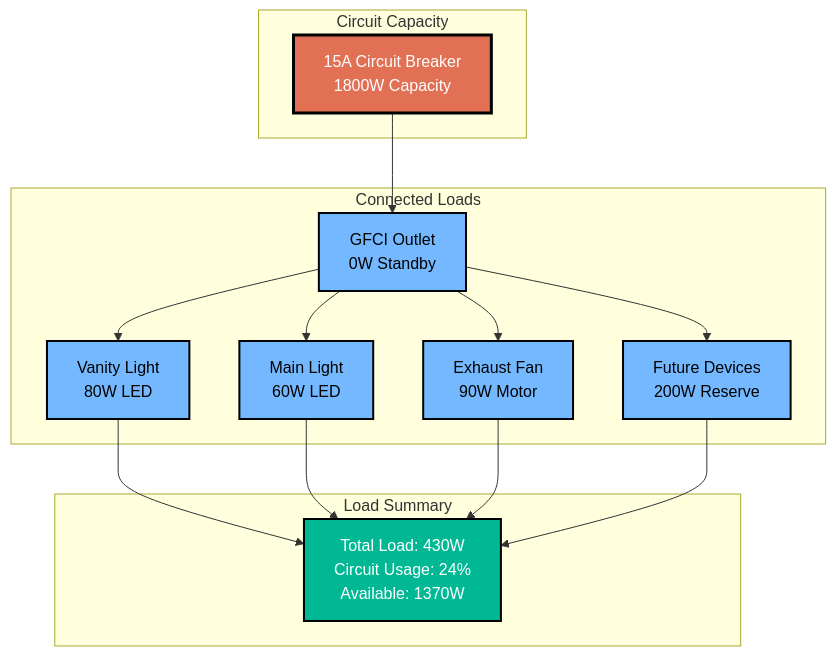
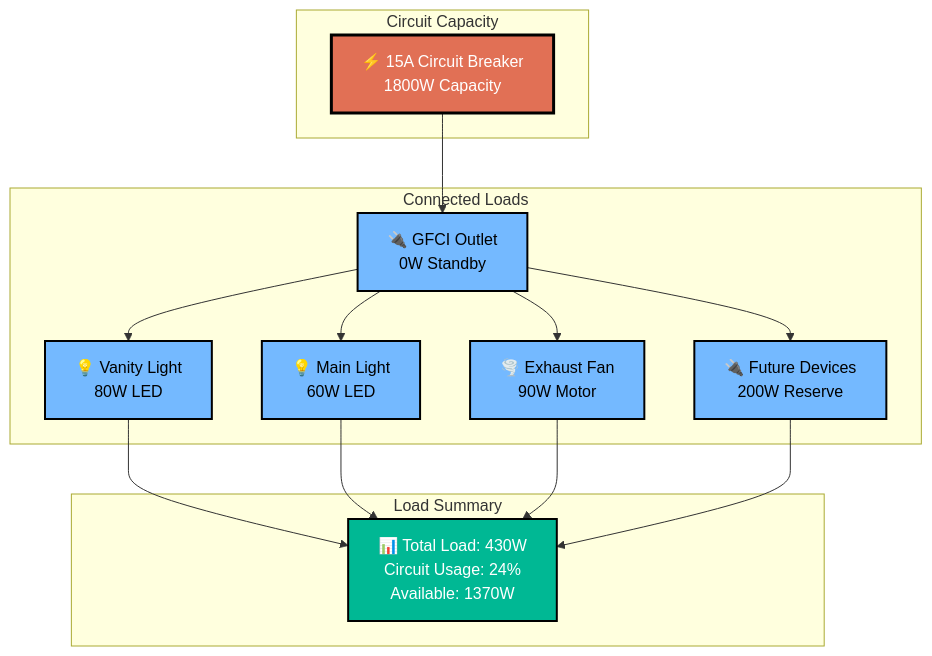
The sixth of 8 diagrams in diagrams/mermaid-wiring-diagram.md (ticklemycode/electrical-wiring), drawn with Mermaid before and after one commit. The commit also changed other lines of this file, not shown here.

````diff
--- a/diagrams/mermaid-wiring-diagram.md
+++ b/diagrams/mermaid-wiring-diagram.md
@@ -267,37 +276,37 @@
 ```mermaid
 flowchart TD
     subgraph "Circuit Capacity"
-        BREAKER[15A Circuit Breaker<br/>1800W Capacity]
+        BREAKER[⚡ 15A Circuit Breaker<br/>1800W Capacity]
     end
     
     subgraph "Connected Loads"
-        GFCI[GFCI Outlet<br/>0W Standby]
-        VL[Vanity Light<br/>80W LED]
-        ML[Main Light<br/>60W LED]
-        FAN[Exhaust Fan<br/>90W Motor]
-        FUTURE[Future Devices<br/>200W Reserve]
+        GFCI[🔌 GFCI Outlet<br/>0W Standby]
+        VL[💡 Vanity Light<br/>80W LED]
+        ML[💡 Main Light<br/>60W LED]
+        FAN[🌪️ Exhaust Fan<br/>90W Motor]
+        FUTURE[🔌 Future Devices<br/>200W Reserve]
     end
     
     subgraph "Load Summary"
-        TOTAL[Total Load: 430W<br/>Circuit Usage: 24%<br/>Available: 1370W]
+        TOTAL[📊 Total Load: 430W<br/>Circuit Usage: 24%<br/>Available: 1370W]
     end
     
     BREAKER --> GFCI
     GFCI --> VL
     GFCI --> ML
     GFCI --> FAN
     GFCI --> FUTURE
     
     VL --> TOTAL
     ML --> TOTAL
     FAN --> TOTAL
     FUTURE --> TOTAL
     
     classDef capacityStyle fill:#e17055,stroke:#000,stroke-width:3px,color:#fff
     classDef loadStyle fill:#74b9ff,stroke:#000,stroke-width:2px,color:#000
     classDef summaryStyle fill:#00b894,stroke:#000,stroke-width:2px,color:#fff
     
     class BREAKER capacityStyle
     class GFCI,VL,ML,FAN,FUTURE loadStyle
     class TOTAL summaryStyle
 ```
````
